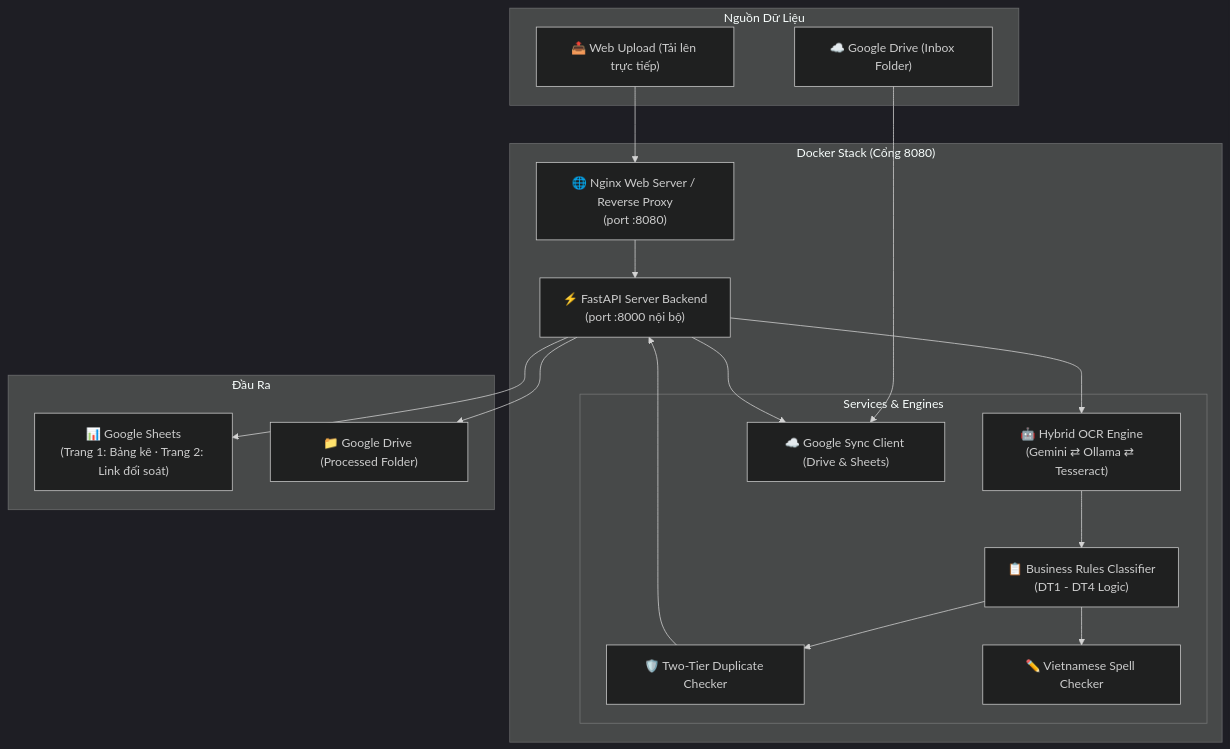
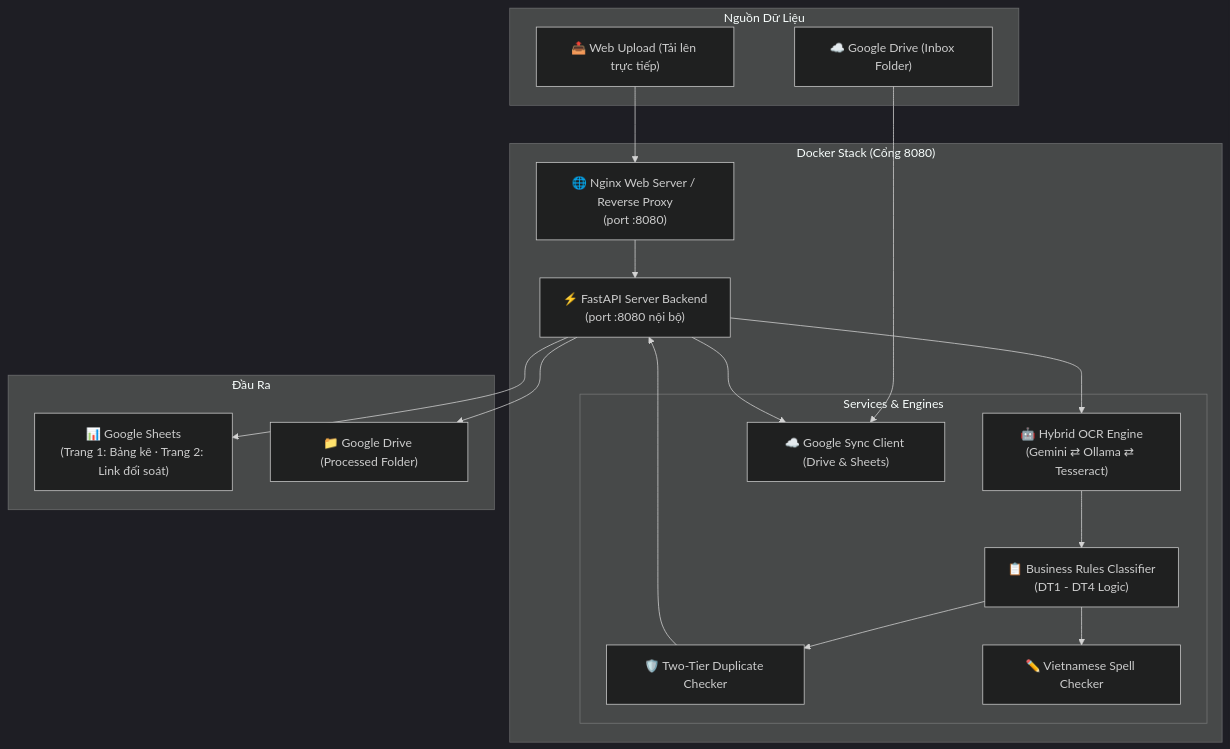
The first of 2 diagrams in README.md (lynhattienksst-ops/procurement-receipt-ocr), drawn with Mermaid (dark theme) before and after one commit. The commit also changed other lines of this file and 73 other files, not shown here.

````diff
--- a/README.md
+++ b/README.md
@@ -55,37 +55,37 @@
 ```mermaid
 flowchart TB
     subgraph "Nguồn Dữ Liệu"
         GD["☁️ Google Drive (Inbox Folder)"]
         UI["📤 Web Upload (Tải lên trực tiếp)"]
     end
 
     subgraph "Docker Stack (Cổng 8080)"
         NGINX["🌐 Nginx Web Server / Reverse Proxy\n(port :8080)"]
-        API["⚡ FastAPI Server Backend\n(port :8000 nội bộ)"]
+        API["⚡ FastAPI Server Backend\n(port :8080 nội bộ)"]
         
         subgraph "Services & Engines"
             OCR["🤖 Hybrid OCR Engine\n(Gemini ⇄ Ollama ⇄ Tesseract)"]
             RULES["📋 Business Rules Classifier\n(DT1 - DT4 Logic)"]
             GUARD["🛡️ Two-Tier Duplicate Checker"]
             SPELL["✏️ Vietnamese Spell Checker"]
             GSYNC["☁️ Google Sync Client (Drive & Sheets)"]
         end
     end
 
     subgraph "Đầu Ra"
         G_SHEET["📊 Google Sheets\n(Trang 1: Bảng kê · Trang 2: Link đối soát)"]
         D_PROCESSED["📁 Google Drive (Processed Folder)"]
     end
 
     GD --> GSYNC
     UI --> NGINX
     NGINX --> API
     API --> GSYNC
     API --> OCR
     OCR --> RULES
     RULES --> GUARD
     RULES --> SPELL
     GUARD --> API
     API --> G_SHEET
     API --> D_PROCESSED
 ```
````
